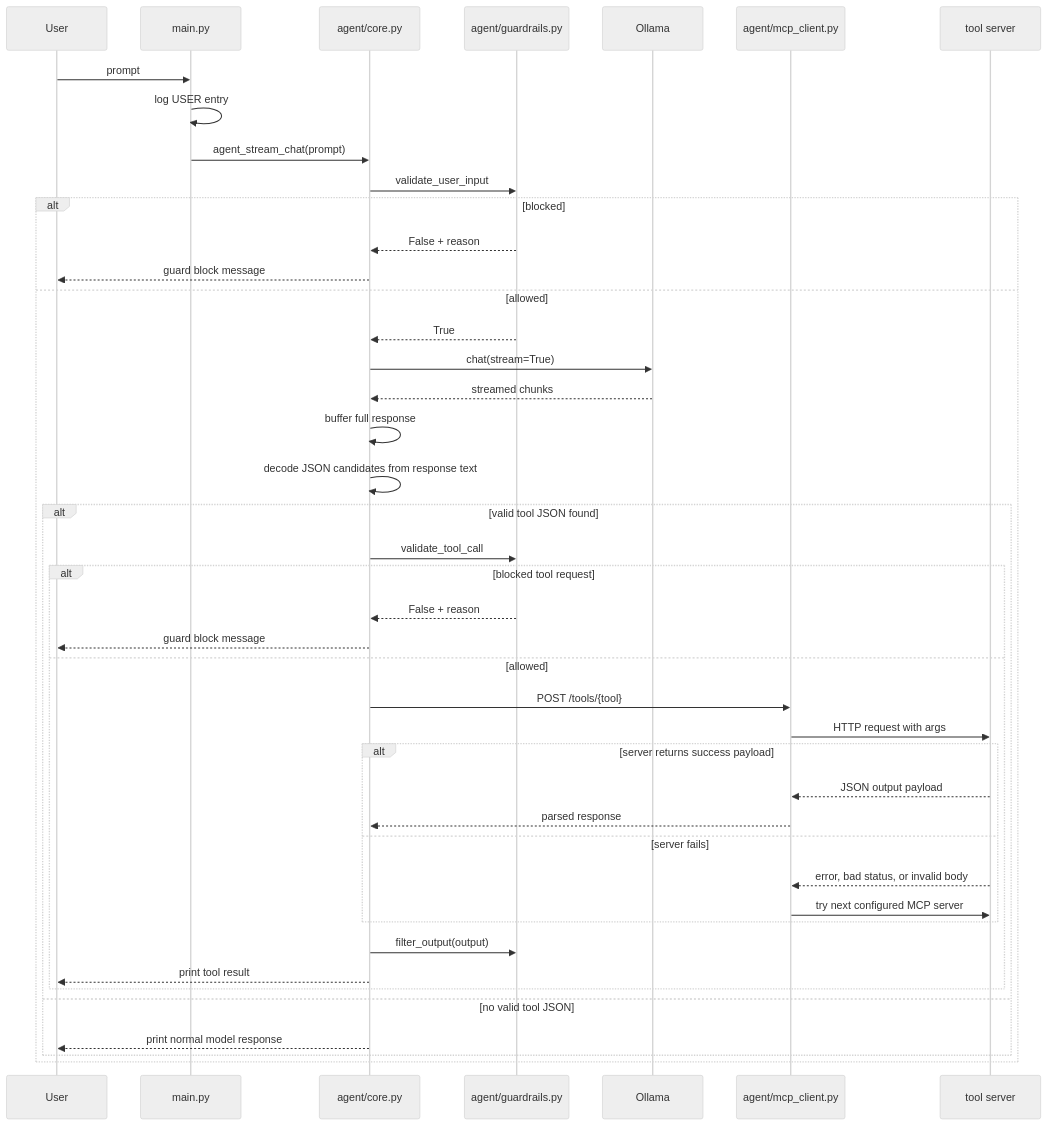
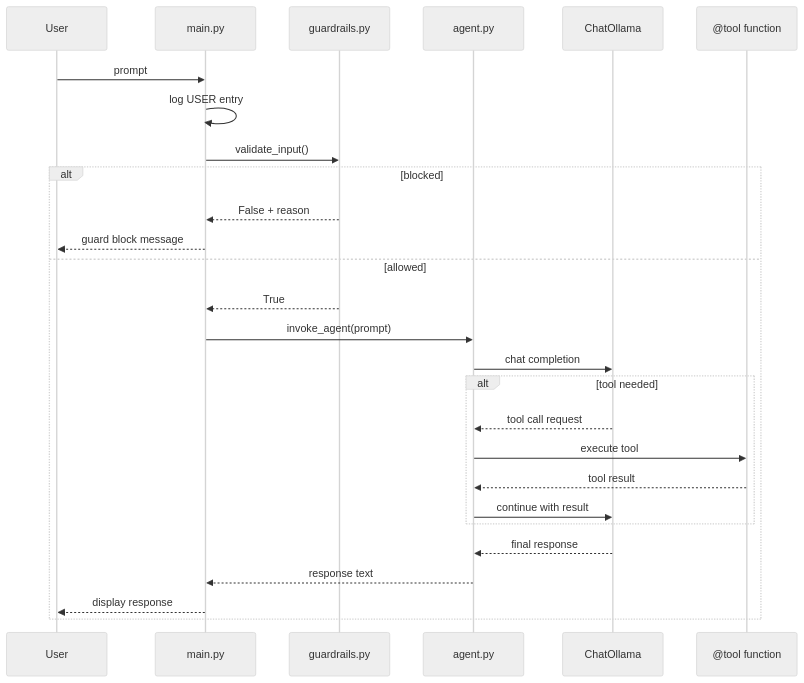
The second of 2 diagrams in docs/ARCHITECTURE.md (soorajrs409/e-agent), drawn with Mermaid (neutral theme) before and after one commit. The commit also changed other lines of this file and 31 other files, not shown here.

First line of the commit message:
refactor: migrate to LangChain agent architecture

````diff
--- a/docs/ARCHITECTURE.md
+++ b/docs/ARCHITECTURE.md
@@ -48,48 +61,33 @@
 ```mermaid
 sequenceDiagram
     participant User
     participant Main as main.py
-    participant Core as agent/core.py
-    participant Guard as agent/guardrails.py
-    participant LLM as Ollama
-    participant MCP as agent/mcp_client.py
-    participant Server as tool server
+    participant Guard as guardrails.py
+    participant Agent as agent.py
+    participant LLM as ChatOllama
+    participant Tool as @tool function
 
     User->>Main: prompt
     Main->>Main: log USER entry
-    Main->>Core: agent_stream_chat(prompt)
-    Core->>Guard: validate_user_input
+    Main->>Guard: validate_input()
 
     alt blocked
-        Guard-->>Core: False + reason
-        Core-->>User: guard block message
+        Guard-->>Main: False + reason
+        Main-->>User: guard block message
     else allowed
-        Guard-->>Core: True
-        Core->>LLM: chat(stream=True)
-        LLM-->>Core: streamed chunks
-        Core->>Core: buffer full response
-        Core->>Core: decode JSON candidates from response text
+        Guard-->>Main: True
+        Main->>Agent: invoke_agent(prompt)
+        Agent->>LLM: chat completion
 
-        alt valid tool JSON found
-            Core->>Guard: validate_tool_call
-            alt blocked tool request
-                Guard-->>Core: False + reason
-                Core-->>User: guard block message
-            else allowed
-                Core->>MCP: POST /tools/{tool}
-                MCP->>Server: HTTP request with args
-                alt server returns success payload
-                    Server-->>MCP: JSON output payload
-                    MCP-->>Core: parsed response
-                else server fails
-                    Server-->>MCP: error, bad status, or invalid body
-                    MCP->>Server: try next configured MCP server
-                end
-                Core->>Guard: filter_output(output)
-                Core-->>User: print tool result
-            end
-        else no valid tool JSON
-            Core-->>User: print normal model response
+        alt tool needed
+            LLM-->>Agent: tool call request
+            Agent->>Tool: execute tool
+            Tool-->>Agent: tool result
+            Agent->>LLM: continue with result
         end
+
+        LLM-->>Agent: final response
+        Agent-->>Main: response text
+        Main-->>User: display response
     end
 ```
````
